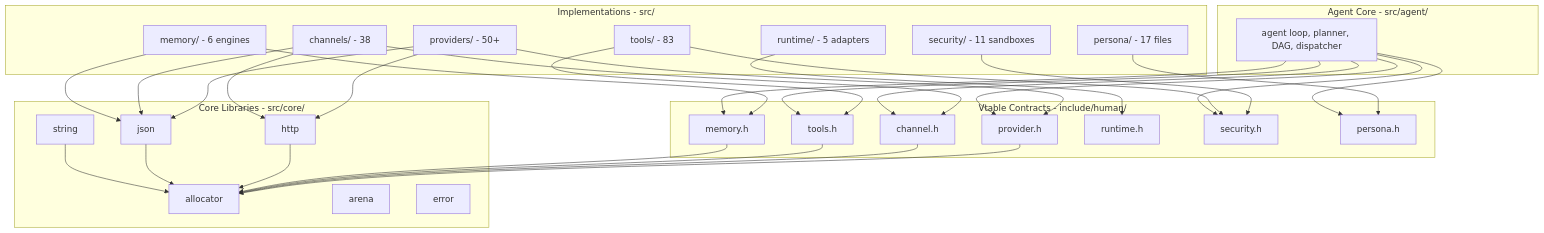
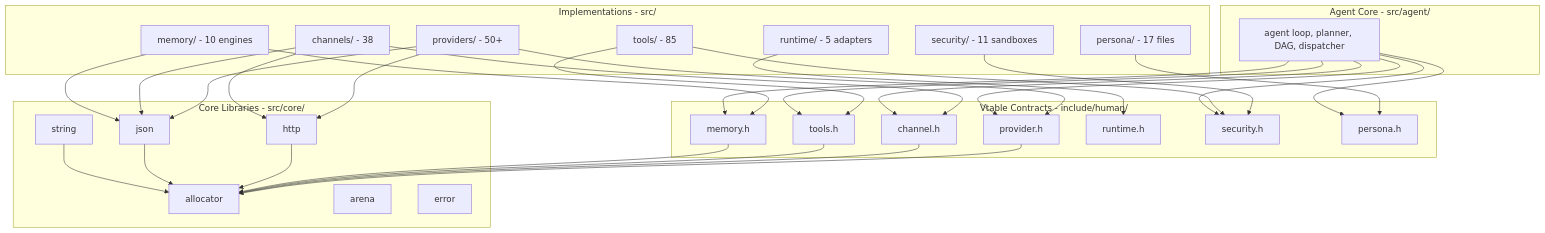
One commit to sethdford/seaclaw changed the third of 3 diagrams in ARCHITECTURE.md. Above: the diagram before and after it, drawn with Mermaid. The commit also changed other lines of this file and 50 other files, not shown here.

````diff
--- a/ARCHITECTURE.md
+++ b/ARCHITECTURE.md
@@ -105,65 +105,65 @@
 ```mermaid
 graph TD
     subgraph contracts [Vtable Contracts - include/human/]
         ProviderH["provider.h"]
         ChannelH["channel.h"]
         ToolH["tools.h"]
         MemoryH["memory.h"]
         RuntimeH["runtime.h"]
         SecurityH["security.h"]
         PersonaH["persona.h"]
     end
 
     subgraph coreLib [Core Libraries - src/core/]
         Allocator["allocator"]
         Arena["arena"]
         JSON["json"]
         StringLib["string"]
         HTTP["http"]
         Error["error"]
     end
 
     subgraph implementations [Implementations - src/]
         ProvImpl["providers/ - 50+"]
         ChanImpl["channels/ - 38"]
-        ToolImpl["tools/ - 83"]
-        MemImpl["memory/ - 6 engines"]
+        ToolImpl["tools/ - 85"]
+        MemImpl["memory/ - 10 engines"]
         RTImpl["runtime/ - 5 adapters"]
         SecImpl["security/ - 11 sandboxes"]
         PersImpl["persona/ - 17 files"]
     end
 
     subgraph agentCore [Agent Core - src/agent/]
         AgentImpl["agent loop, planner, DAG, dispatcher"]
     end
 
     ProvImpl --> ProviderH
     ChanImpl --> ChannelH
     ToolImpl --> ToolH
     MemImpl --> MemoryH
     RTImpl --> RuntimeH
     SecImpl --> SecurityH
     PersImpl --> PersonaH
 
     ProvImpl --> HTTP
     ProvImpl --> JSON
     ChanImpl --> HTTP
     ChanImpl --> JSON
     ToolImpl --> SecurityH
     MemImpl --> JSON
 
     AgentImpl --> ProviderH
     AgentImpl --> ChannelH
     AgentImpl --> ToolH
     AgentImpl --> MemoryH
     AgentImpl --> PersonaH
     AgentImpl --> SecurityH
 
     ProviderH --> Allocator
     ChannelH --> Allocator
     ToolH --> Allocator
     MemoryH --> Allocator
     HTTP --> Allocator
     JSON --> Allocator
     StringLib --> Allocator
 ```
````
